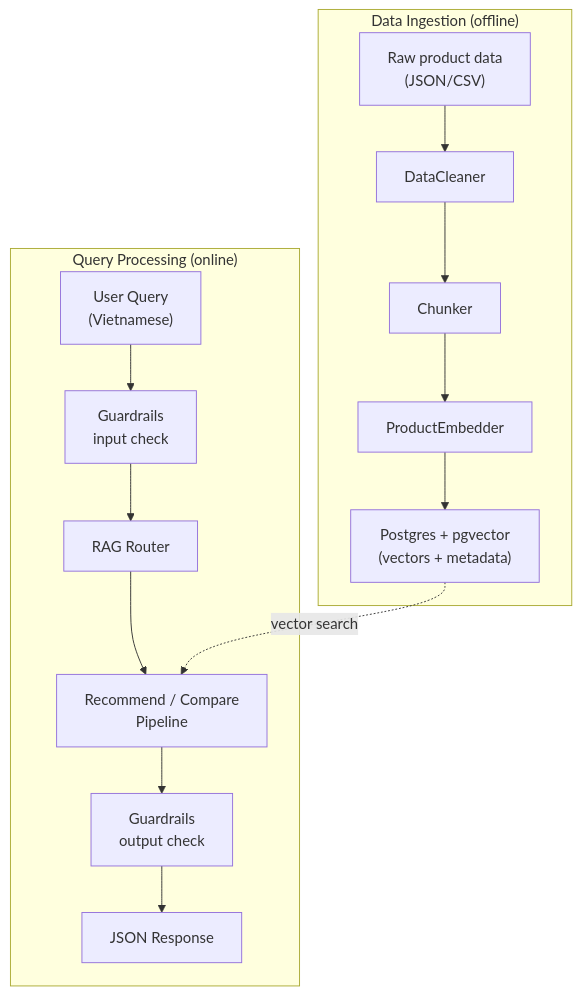
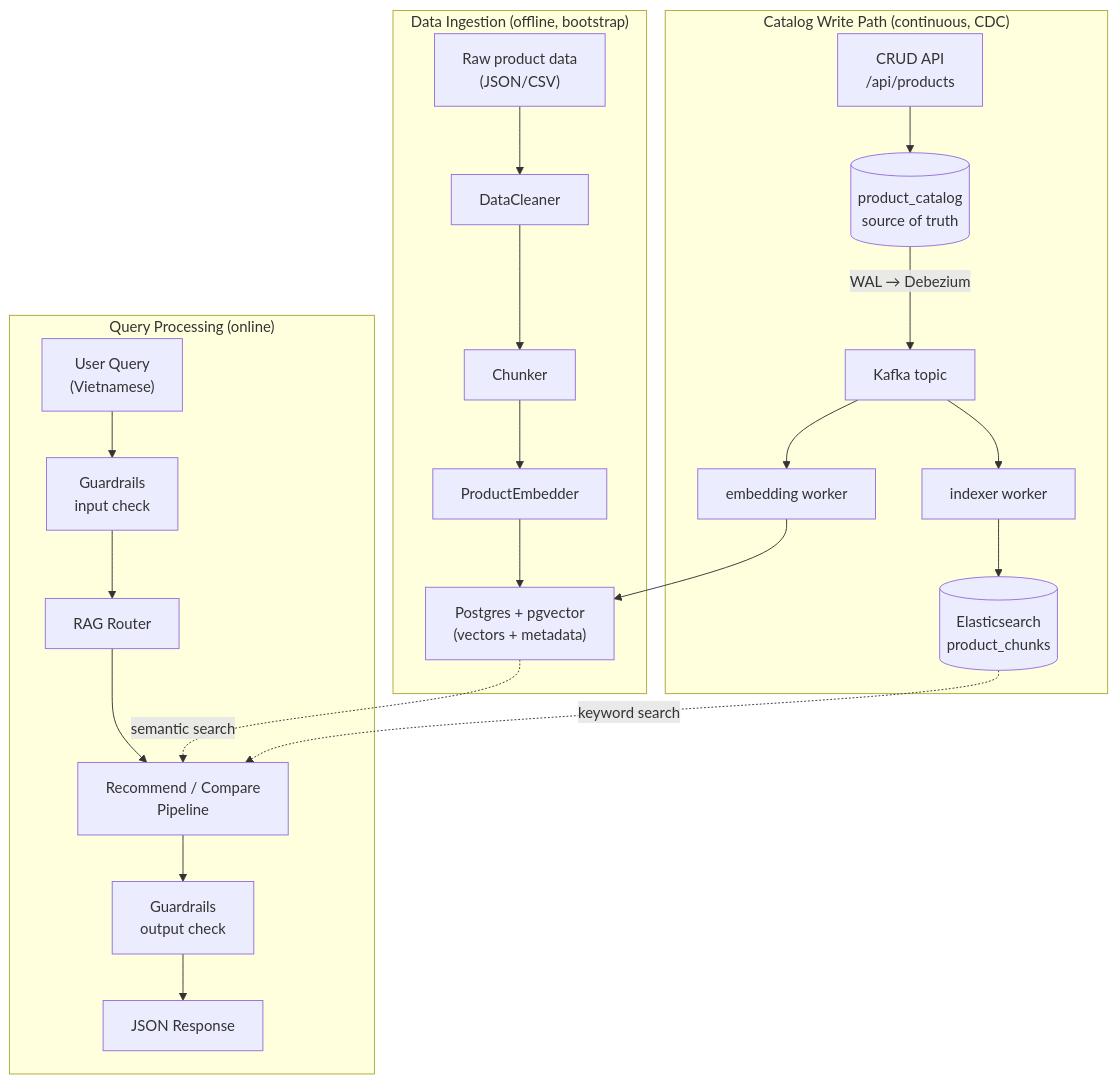
The sixth of 6 diagrams in docs/architecture/pipeline-flow.md (nxhawk/techscout-rag-recommend), drawn with Mermaid before and after one commit. The commit also changed other lines of this file and 28 other files, not shown here.

First line of the commit message:
feat: add write path documentation and enhance navigation

````diff
--- a/docs/architecture/pipeline-flow.md
+++ b/docs/architecture/pipeline-flow.md
@@ -264,19 +297,29 @@
 ```mermaid
 flowchart TD
-    subgraph Ingestion["Data Ingestion (offline)"]
+    subgraph Ingestion["Data Ingestion (offline, bootstrap)"]
         RAW["Raw product data\n(JSON/CSV)"] --> CLEAN[DataCleaner]
         CLEAN --> CHUNK[Chunker]
         CHUNK --> EMBED[ProductEmbedder]
         EMBED --> STORE["Postgres + pgvector\n(vectors + metadata)"]
+    end
+
+    subgraph CDC["Catalog Write Path (continuous, CDC)"]
+        CRUD["CRUD API\n/api/products"] --> CAT[("product_catalog\nsource of truth")]
+        CAT -->|"WAL → Debezium"| KAFKA["Kafka topic"]
+        KAFKA --> IW["indexer worker"]
+        KAFKA --> EW["embedding worker"]
+        IW --> ESI[("Elasticsearch\nproduct_chunks")]
+        EW --> STORE
     end
 
     subgraph Runtime["Query Processing (online)"]
         USER["User Query\n(Vietnamese)"] --> GUARD_IN[Guardrails\ninput check]
         GUARD_IN --> ROUTER[RAG Router]
         ROUTER --> PIPELINE["Recommend / Compare\nPipeline"]
         PIPELINE --> GUARD_OUT[Guardrails\noutput check]
         GUARD_OUT --> API["JSON Response"]
     end
 
-    STORE -.->|"vector search"| PIPELINE
+    STORE -.->|"semantic search"| PIPELINE
+    ESI -.->|"keyword search"| PIPELINE
 ```
````
